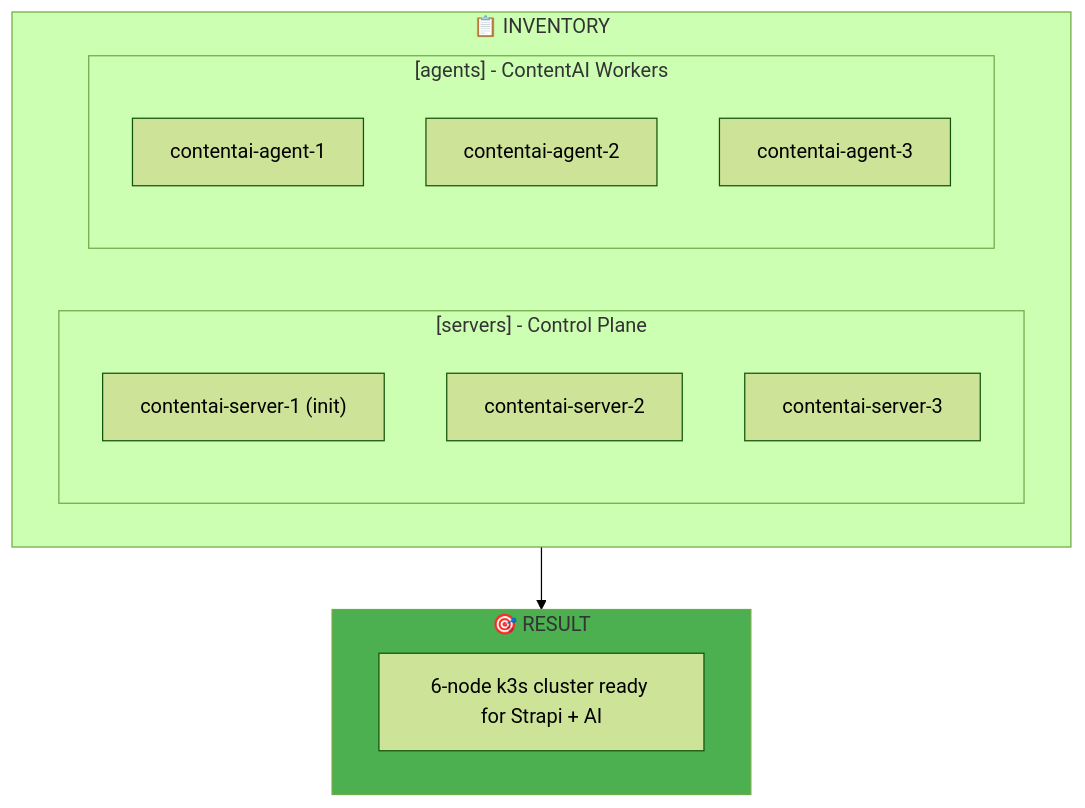
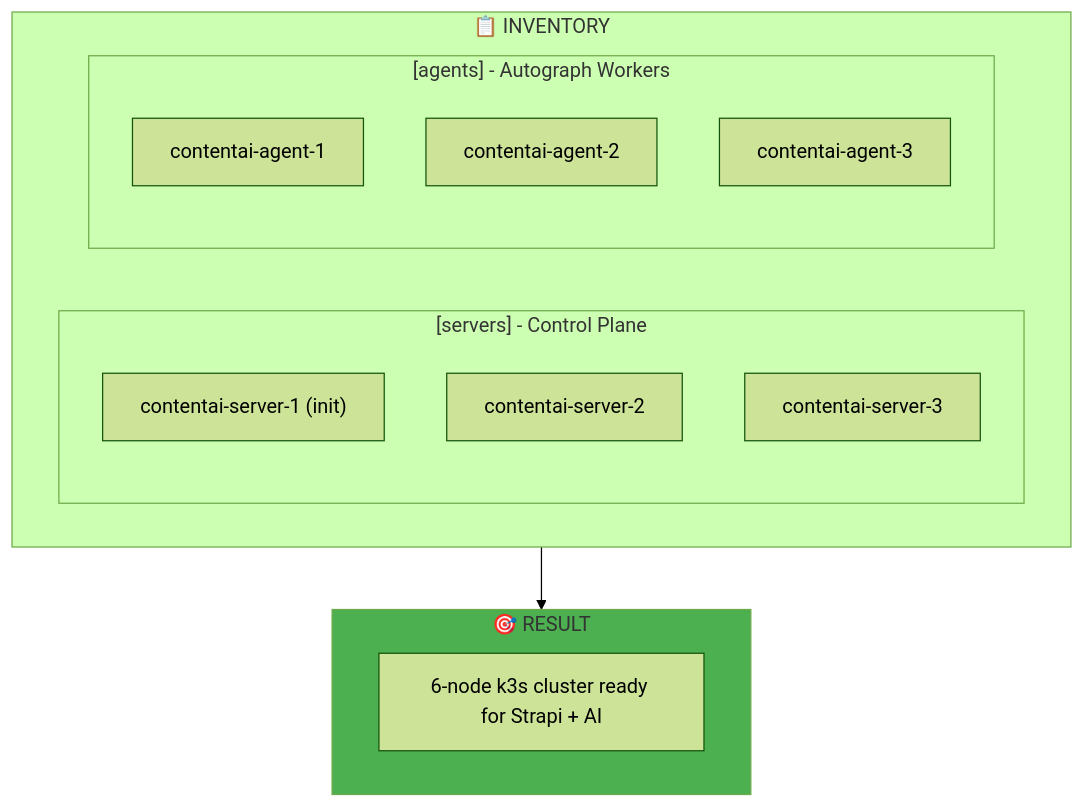
One commit to PearlThoughtsInternship/Internship-Obsidian-Vault changed the second of 5 diagrams in DevOps/02-Engineering/03-Configuration-Management.md. Above: the diagram before and after it, drawn with Mermaid (forest theme). The commit also changed other lines of this file and 4 other files, not shown here.

First line of the commit message:
rebrand: ContentAI → Autograph in Engineering & Platform docs

````diff
--- a/DevOps/02-Engineering/03-Configuration-Management.md
+++ b/DevOps/02-Engineering/03-Configuration-Management.md
@@ -69,24 +69,24 @@
 ```mermaid
 flowchart TB
     subgraph Inventory["📋 INVENTORY"]
         subgraph Servers["[servers] - Control Plane"]
             S1["contentai-server-1 (init)"]
             S2["contentai-server-2"]
             S3["contentai-server-3"]
         end
 
-        subgraph Agents["[agents] - ContentAI Workers"]
+        subgraph Agents["[agents] - Autograph Workers"]
             A1["contentai-agent-1"]
             A2["contentai-agent-2"]
             A3["contentai-agent-3"]
         end
     end
 
     subgraph Result["🎯 RESULT"]
         R["6-node k3s cluster ready for Strapi + AI"]
     end
 
     Inventory --> Result
 
     style Result fill:#4CAF50
 ```
````
